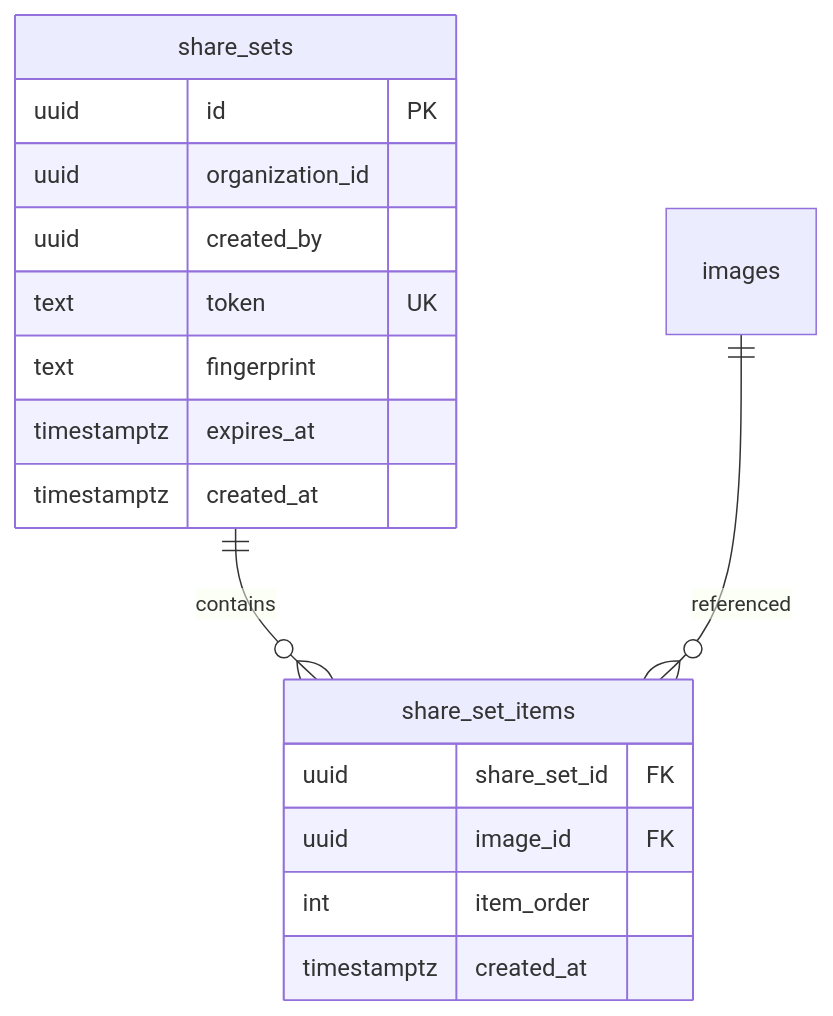
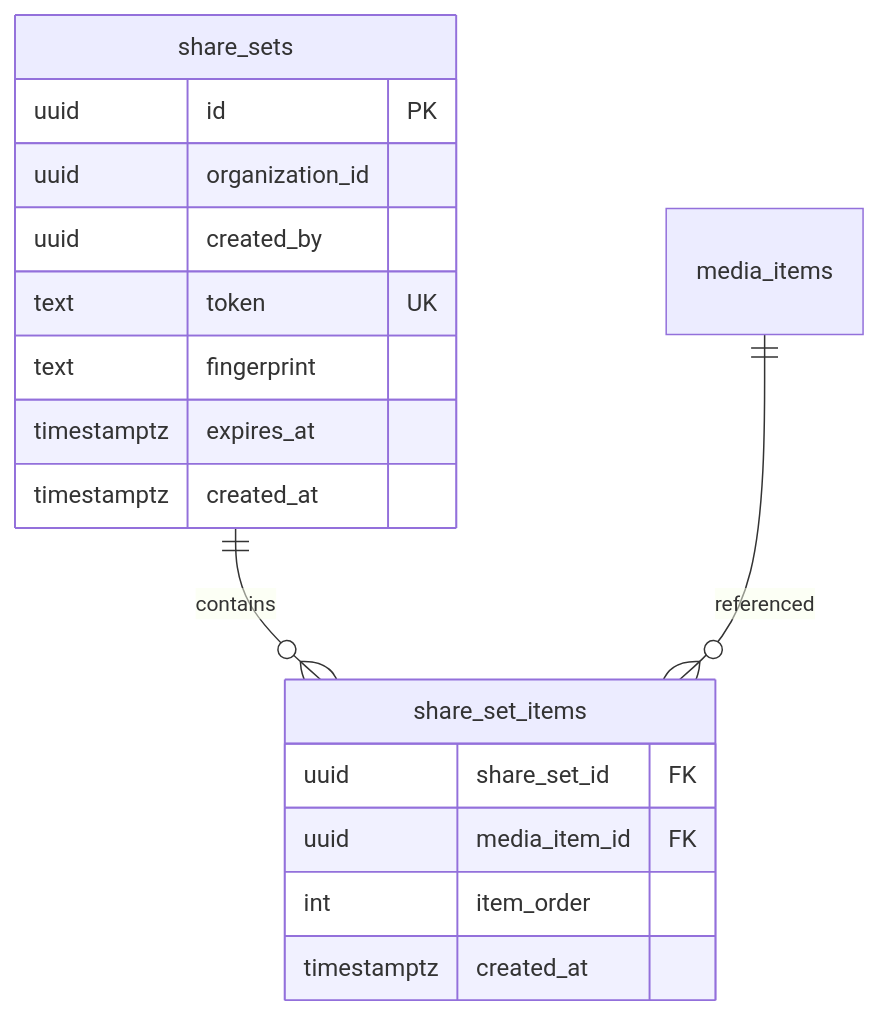
One commit to matkleve/feldpost changed the second of 3 diagrams in docs/specs/ui/workspace/workspace-actions-bar.md. Above: the diagram before and after it, drawn with Mermaid. The commit also changed other lines of this file and 26 other files, not shown here.

First line of the commit message:
refactor: update terminology from 'images' to 'media items' across documentation

````diff
--- a/docs/specs/ui/workspace/workspace-actions-bar.md
+++ b/docs/specs/ui/workspace/workspace-actions-bar.md
@@ -277,22 +277,22 @@
 ```mermaid
 erDiagram
   share_sets ||--o{ share_set_items : contains
-  images ||--o{ share_set_items : referenced
+  media_items ||--o{ share_set_items : referenced
 
   share_sets {
     uuid id PK
     uuid organization_id
     uuid created_by
     text token UK
     text fingerprint
     timestamptz expires_at
     timestamptz created_at
   }
 
   share_set_items {
     uuid share_set_id FK
-    uuid image_id FK
+    uuid media_item_id FK
     int item_order
     timestamptz created_at
   }
 ```
````
